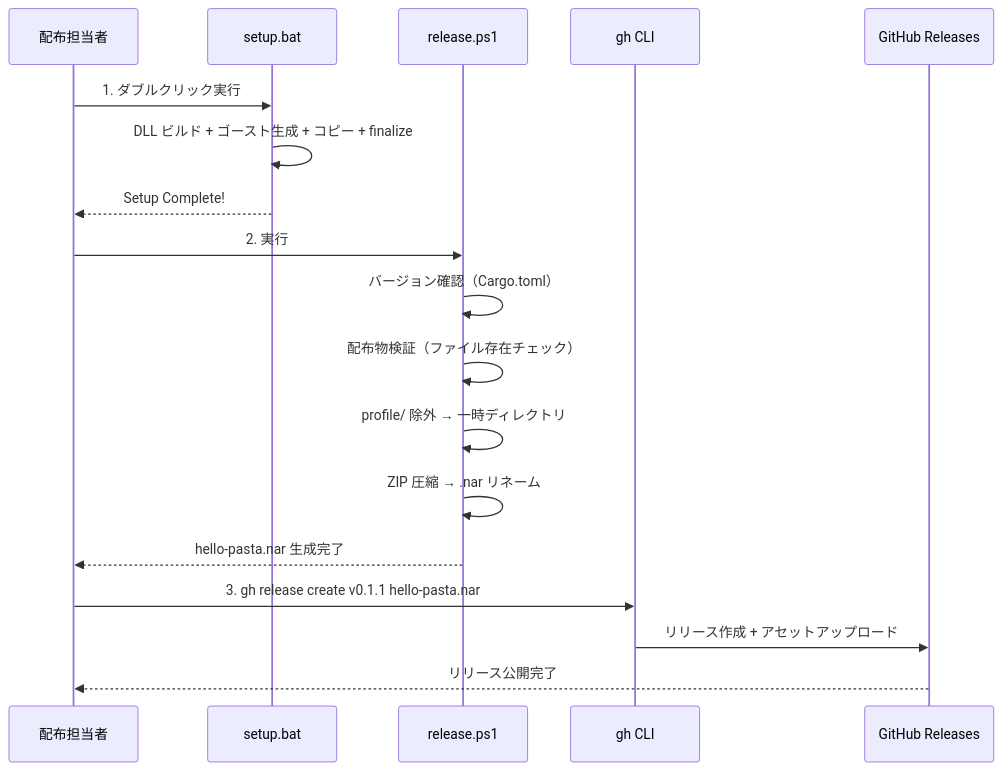
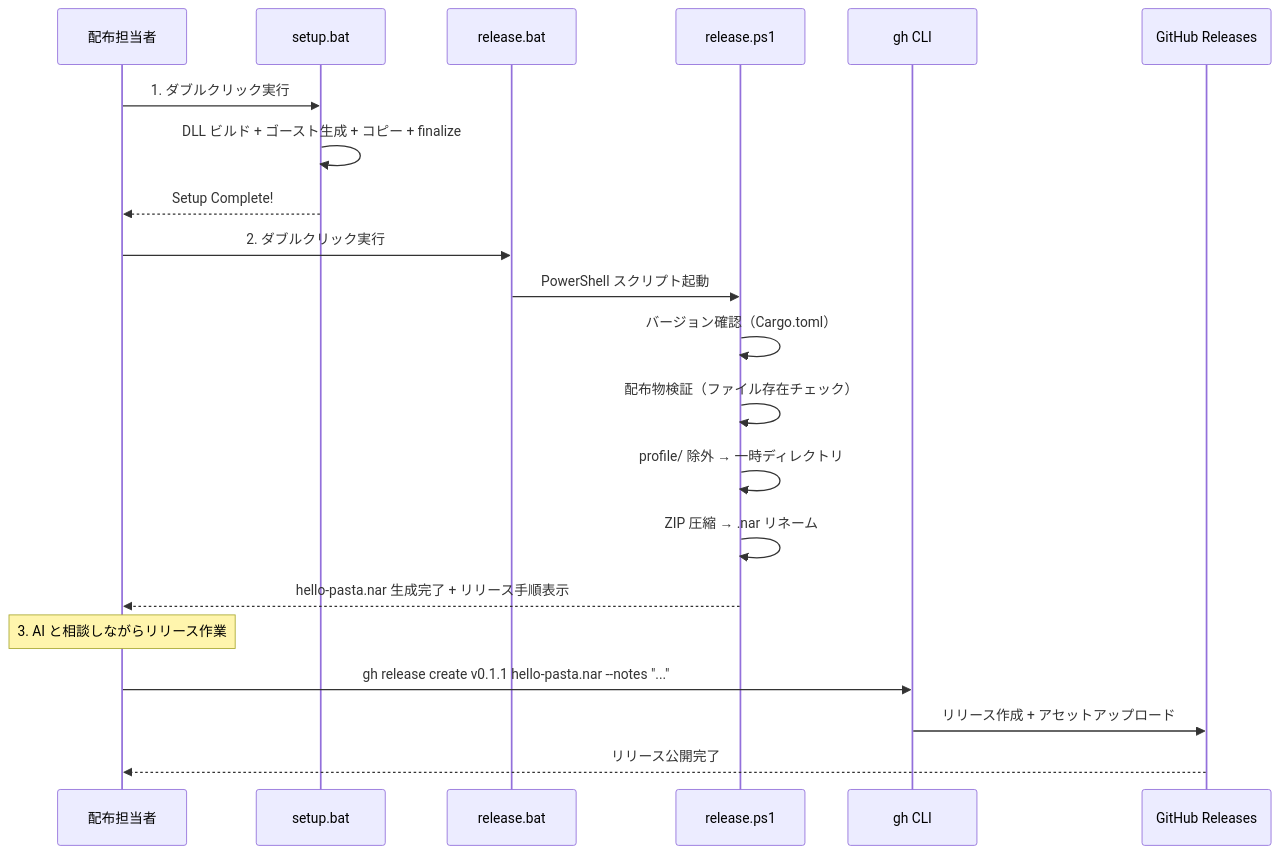
Before and after one commit to ekicyou/pasta: the second of 2 diagrams in .kiro/specs/alpha06-release-packaging/design.md, drawn with Mermaid. The commit also changed other lines of this file, not shown here.

Commit message:
docs(spec): alpha06 設計修正 - release.bat追加、.nar生成のみ、AI対話型リリース

````diff
--- a/.kiro/specs/alpha06-release-packaging/design.md
+++ b/.kiro/specs/alpha06-release-packaging/design.md
@@ -64,23 +71,26 @@
 ```mermaid
 sequenceDiagram
     participant Dev as 配布担当者
     participant SetupBat as setup.bat
+    participant ReleaseBat as release.bat
     participant ReleasePs1 as release.ps1
     participant GH as gh CLI
     participant GitHub as GitHub Releases
 
     Dev->>SetupBat: 1. ダブルクリック実行
     SetupBat->>SetupBat: DLL ビルド + ゴースト生成 + コピー + finalize
     SetupBat-->>Dev: Setup Complete!
 
-    Dev->>ReleasePs1: 2. 実行
+    Dev->>ReleaseBat: 2. ダブルクリック実行
+    ReleaseBat->>ReleasePs1: PowerShell スクリプト起動
     ReleasePs1->>ReleasePs1: バージョン確認（Cargo.toml）
     ReleasePs1->>ReleasePs1: 配布物検証（ファイル存在チェック）
     ReleasePs1->>ReleasePs1: profile/ 除外 → 一時ディレクトリ
     ReleasePs1->>ReleasePs1: ZIP 圧縮 → .nar リネーム
-    ReleasePs1-->>Dev: hello-pasta.nar 生成完了
+    ReleasePs1-->>Dev: hello-pasta.nar 生成完了 + リリース手順表示
 
-    Dev->>GH: 3. gh release create v0.1.1 hello-pasta.nar
+    Note over Dev: 3. AI と相談しながらリリース作業
+    Dev->>GH: gh release create v0.1.1 hello-pasta.nar --notes "..."
     GH->>GitHub: リリース作成 + アセットアップロード
     GitHub-->>Dev: リリース公開完了
 ```
````
